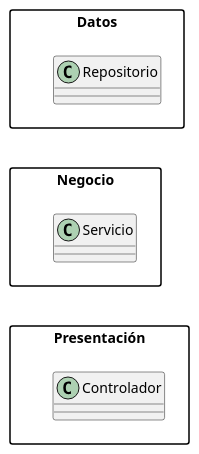
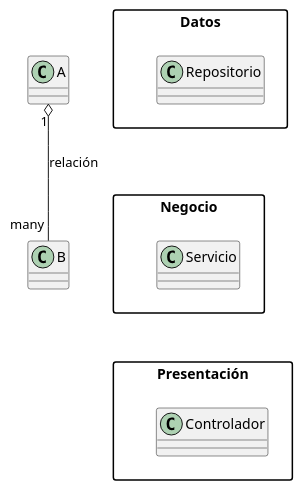
The diagram in pruebasuml.puml (Joaquinf11/Parade), drawn with PlantUML before and after one commit. The commit also changed 1 other file, not shown here.

Commit message:
update uml

```diff
--- a/pruebasuml.puml
+++ b/pruebasuml.puml
@@ -1,21 +1,21 @@
 @startuml
 skinparam packageStyle rectangle
 
 package "Datos" as D {
   class Repositorio
 }
 
 package "Negocio" as N {
   class Servicio
 }
 
 package "Presentación" as P {
   class Controlador
 }
 
 ' Relación invisible con más separación
 D -[hidden]-> N
 N -[hidden]-> P
 
-
+A "1" o-- "many" B : relación
 @enduml
```
